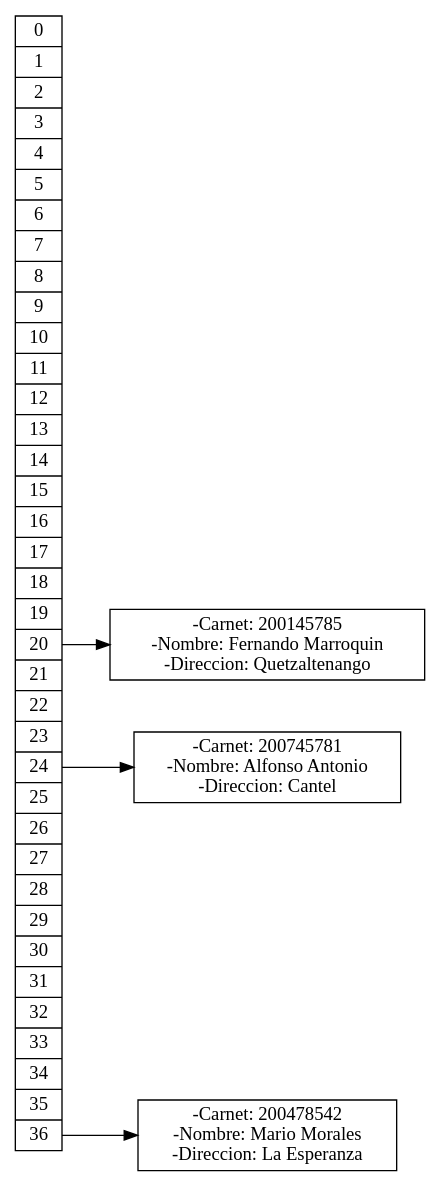
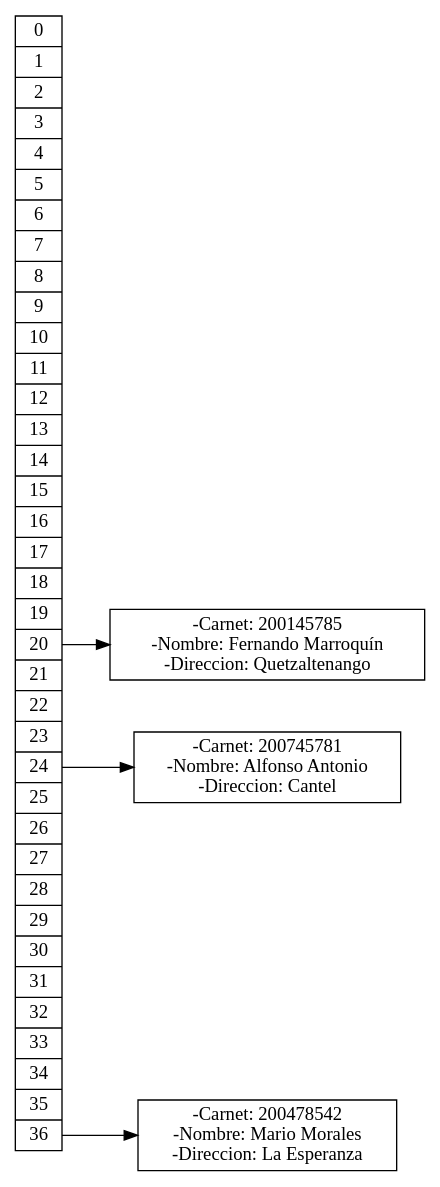
The diagram in Sistema_Asignacion/Estudiantes.dot (cresb-49/PROYECTO_FINAL_EDD), drawn with Graphviz before and after one commit. The commit also changed 4 other files, not shown here.

```diff
--- a/Sistema_Asignacion/Estudiantes.dot
+++ b/Sistema_Asignacion/Estudiantes.dot
@@ -1,14 +1,14 @@
 digraph ESTUDIANTES {
 nodesep=.05;
 rankdir=LR;
 node [shape=record,width=.1,height=.1];
 nodeHASH [label = "<f0>0|<f1>1|<f2>2|<f3>3|<f4>4|<f5>5|<f6>6|<f7>7|<f8>8|<f9>9|<f10>10|<f11>11|<f12>12|<f13>13|<f14>14|<f15>15|<f16>16|<f17>17|<f18>18|<f19>19|<f20>20|<f21>21|<f22>22|<f23>23|<f24>24|<f25>25|<f26>26|<f27>27|<f28>28|<f29>29|<f30>30|<f31>31|<f32>32|<f33>33|<f34>34|<f35>35|<f36>36",height=2.0];
 node [width = 1.5];
-node20 [label = "{ <f0>-Carnet: 200145785\n-Nombre: Fernando Marroquin\n-Direccion: Quetzaltenango}"];
+node20 [label = "{ <f0>-Carnet: 200145785\n-Nombre: Fernando Marroquín\n-Direccion: Quetzaltenango}"];
 node24 [label = "{ <f0>-Carnet: 200745781\n-Nombre: Alfonso Antonio\n-Direccion: Cantel}"];
 node36 [label = "{ <f0>-Carnet: 200478542\n-Nombre: Mario Morales\n-Direccion: La Esperanza}"];
 nodeHASH:f20 -> node20:f0;
 nodeHASH:f24 -> node24:f0;
 nodeHASH:f36 -> node36:f0;
 
 }
```
